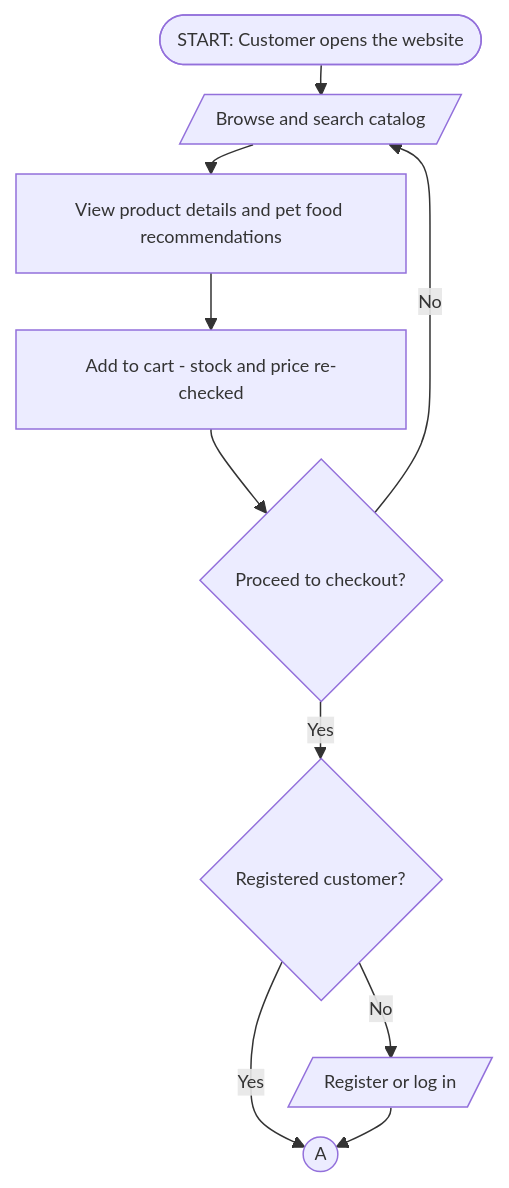
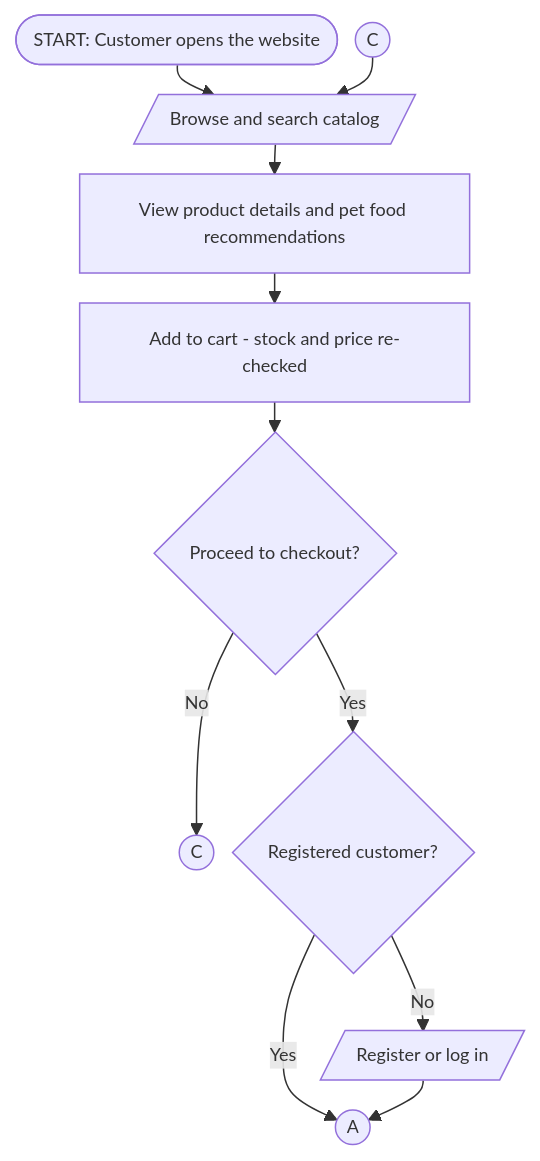
The first of 7 diagrams in docs/system-flowcharts.md (banderitax5/whiskers-prototype), drawn with Mermaid before and after one commit. The commit also changed other lines of this file, not shown here.

Commit message:
docs: ANSI/ISO 5807 compliant flowcharts - connector C loop, END terminator for denied path

````diff
--- a/docs/system-flowcharts.md
+++ b/docs/system-flowcharts.md
@@ -30,13 +38,14 @@
 ```mermaid
 %%{init: {"flowchart": {"nodeSpacing": 12, "rankSpacing": 20}, "themeVariables": {"fontSize": "12px"}}}%%
 flowchart TD
     S(["START: Customer opens the website"]) --> B[/Browse and search catalog/]
+    KC(("C")) --> B
     B --> V["View product details and pet food recommendations"]
     V --> A["Add to cart - stock and price re-checked"]
-    A --> C{"Proceed to checkout?"}
-    C -- No --> B
-    C -- Yes --> LG{"Registered customer?"}
+    A --> CO{"Proceed to checkout?"}
+    CO -- No --> KC2(("C"))
+    CO -- Yes --> LG{"Registered customer?"}
     LG -- No --> LR[/Register or log in/]
     LG -- Yes --> KA(("A"))
     LR --> KA
 ```
````
